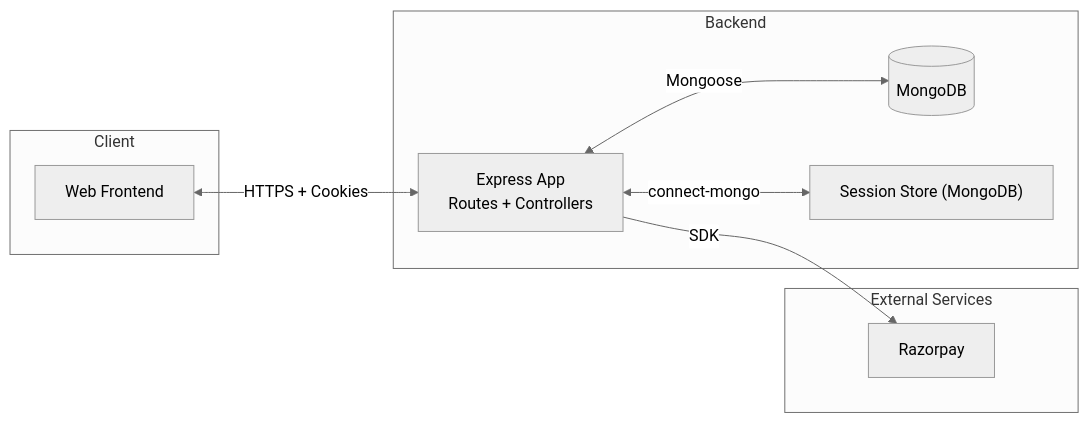
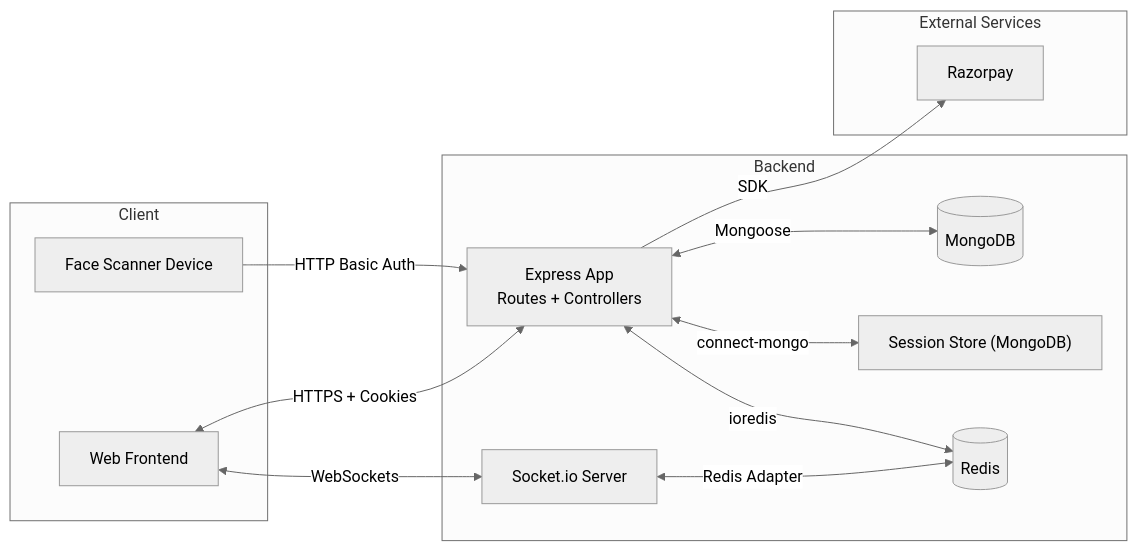
The first of 4 diagrams in srs.md (thisisdkyadav/hostel-management-system-backend), drawn with Mermaid (neutral theme) before and after one commit. The commit also changed other lines of this file, not shown here.

````diff
--- a/srs.md
+++ b/srs.md
@@ -106,22 +113,28 @@
 ```mermaid
 graph LR
   subgraph Client
     FE["Web Frontend"]
+    SC["Face Scanner Device"]
   end
 
   subgraph Backend
     EX["Express App<br/>Routes + Controllers"]
+    SIO["Socket.io Server"]
     MS[(MongoDB)]
     SS["Session Store (MongoDB)"]
+    RD[(Redis)]
     end
 
   subgraph External Services
     RZP[Razorpay]
   end
 
   FE <--> |HTTPS + Cookies| EX
+  FE <--> |WebSockets| SIO
+  SC --> |HTTP Basic Auth| EX
   EX <--> |Mongoose| MS
   EX <--> |connect-mongo| SS
+  SIO <--> |Redis Adapter| RD
+  EX <--> |ioredis| RD
   EX --> |SDK| RZP
-  %% SSO and Azure storage integrations removed
 ```
````
